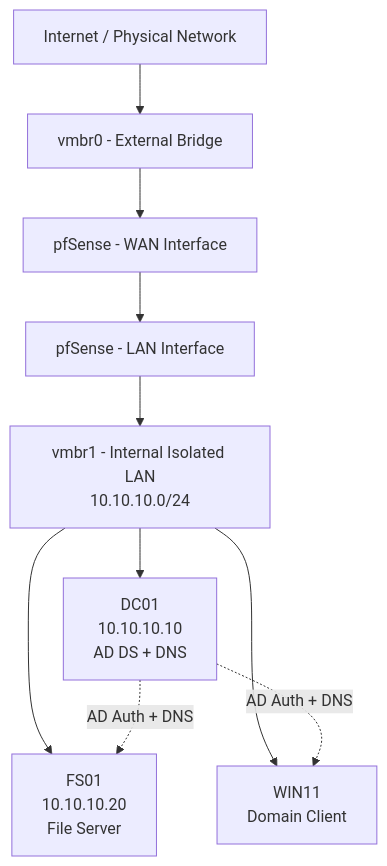
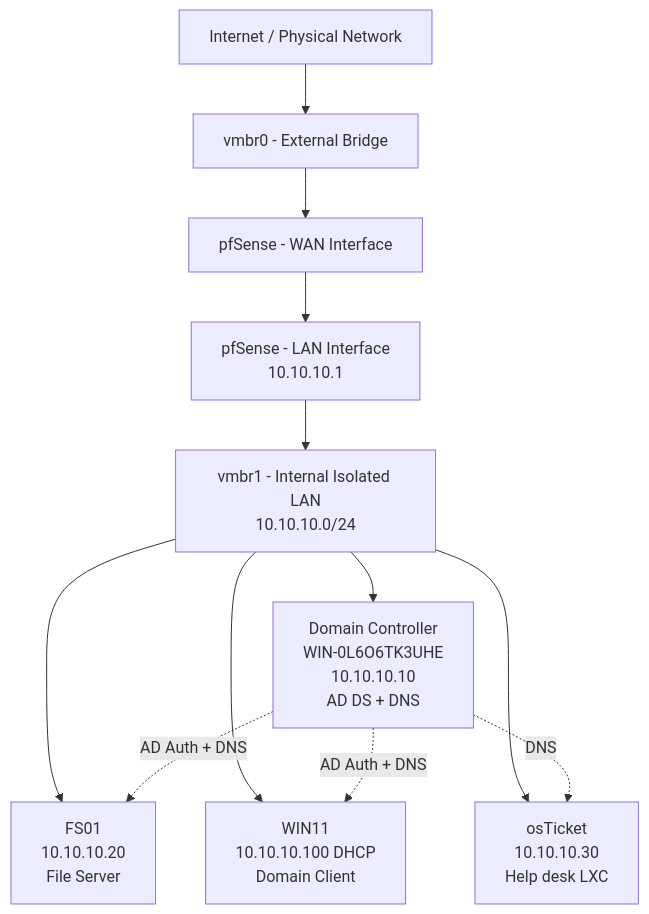
The diagram in README.md (Baester/Home-Lab), drawn with Mermaid before and after one commit. The commit also changed other lines of this file, not shown here.

````diff
--- a/README.md
+++ b/README.md
@@ -11,12 +11,14 @@
 ```mermaid
 flowchart TD
     A[Internet / Physical Network] --> B[vmbr0 - External Bridge]
     B --> C[pfSense - WAN Interface]
-    C --> D[pfSense - LAN Interface]
+    C --> D[pfSense - LAN Interface<br/>10.10.10.1]
     D --> E[vmbr1 - Internal Isolated LAN<br/>10.10.10.0/24]
-    E --> F[DC01<br/>10.10.10.10<br/>AD DS + DNS]
+    E --> F[Domain Controller<br/>WIN-0L6O6TK3UHE<br/>10.10.10.10<br/>AD DS + DNS]
     E --> G[FS01<br/>10.10.10.20<br/>File Server]
-    E --> H[WIN11<br/>Domain Client]
+    E --> H[WIN11<br/>10.10.10.100 DHCP<br/>Domain Client]
+    E --> I[osTicket<br/>10.10.10.30<br/>Help desk LXC]
     F -.AD Auth + DNS.-> G
     F -.AD Auth + DNS.-> H
+    F -.DNS.-> I
 ```
````
